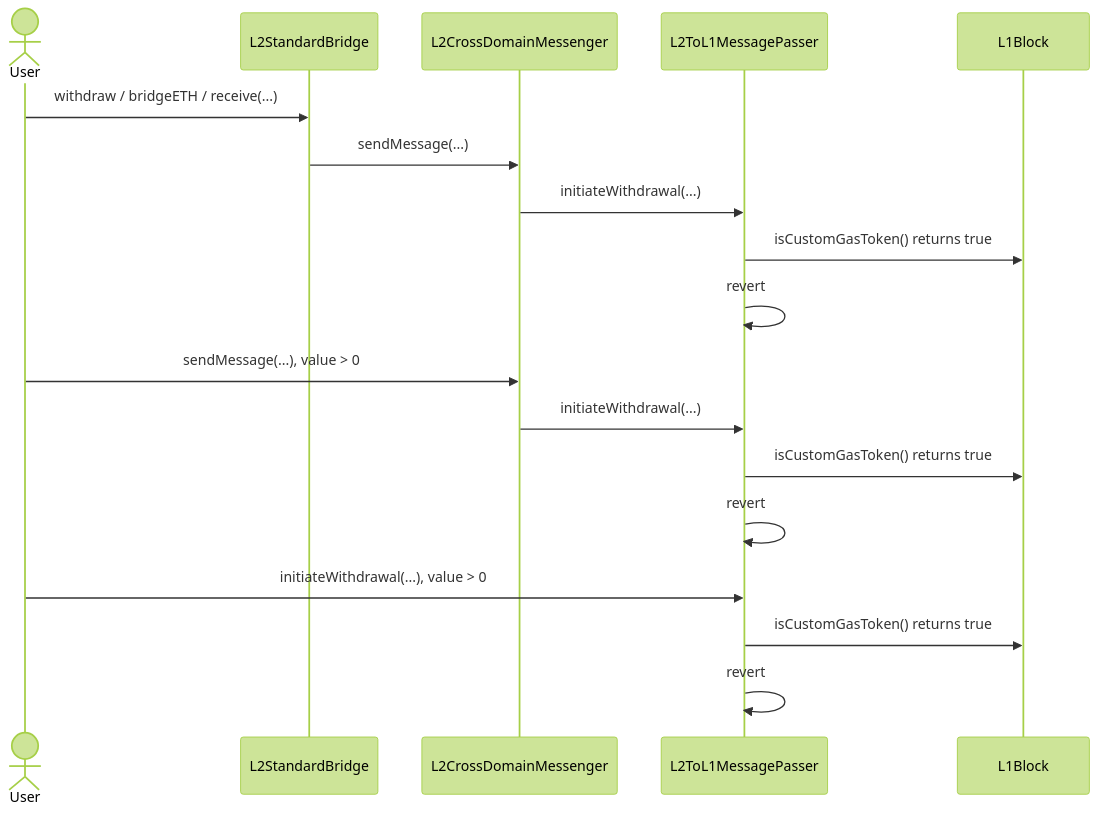
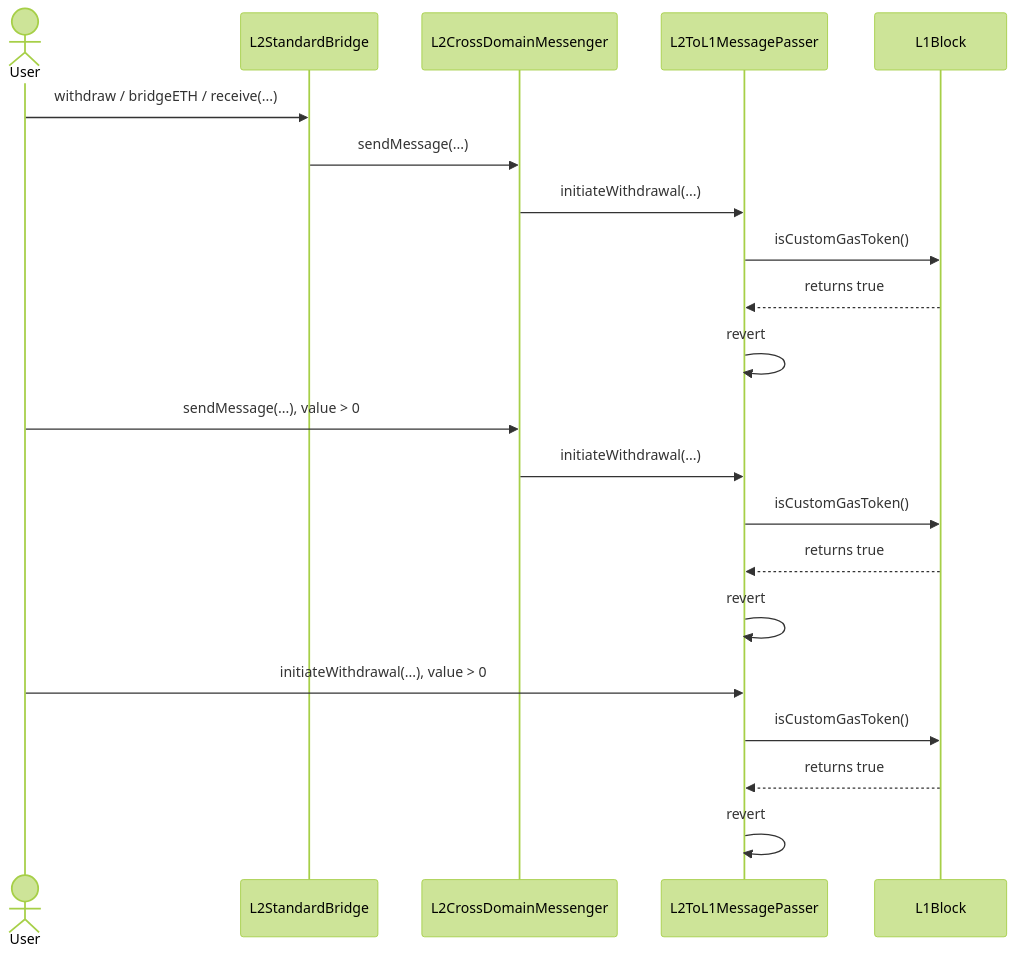
One commit to ethereum-optimism/design-docs changed the fifth of 7 diagrams in protocol/custom-gas-token.md. Above: the diagram before and after it, drawn with Mermaid (forest theme).

Commit message:
docs: improve mermaid

````diff
--- a/protocol/custom-gas-token.md
+++ b/protocol/custom-gas-token.md
@@ -364,24 +364,27 @@
 ```mermaid
 sequenceDiagram
     actor U as User
     participant SB as L2StandardBridge
     participant XDM as L2CrossDomainMessenger
     participant OP as L2ToL1MessagePasser
     participant SC as L1Block
     
     U->>SB: withdraw / bridgeETH / receive(...)
     SB->>XDM: sendMessage(...)
     XDM->>OP: initiateWithdrawal(...)
-    OP->>SC: isCustomGasToken() returns true
+    OP->>SC: isCustomGasToken()
+	SC-->>OP: returns true
     OP->>OP: revert
 
     U->>XDM: sendMessage(...), value > 0
     XDM->>OP: initiateWithdrawal(...)
-    OP->>SC: isCustomGasToken() returns true
+    OP->>SC: isCustomGasToken()
+	SC-->>OP: returns true
     OP->>OP: revert
 
     U->>OP: initiateWithdrawal(...), value > 0
-    OP->>SC: isCustomGasToken() returns true
+    OP->>SC: isCustomGasToken()
+	SC-->>OP: returns true
     OP->>OP: revert
 
 ```
````
